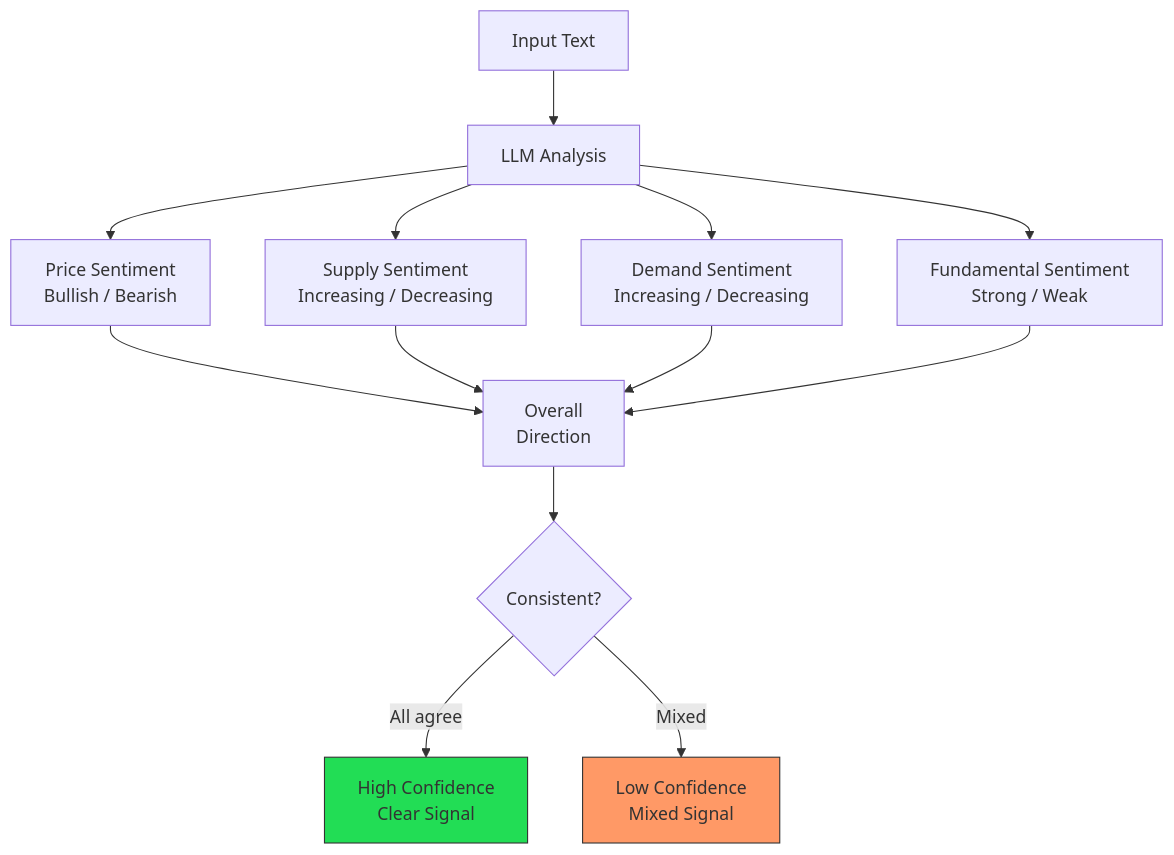
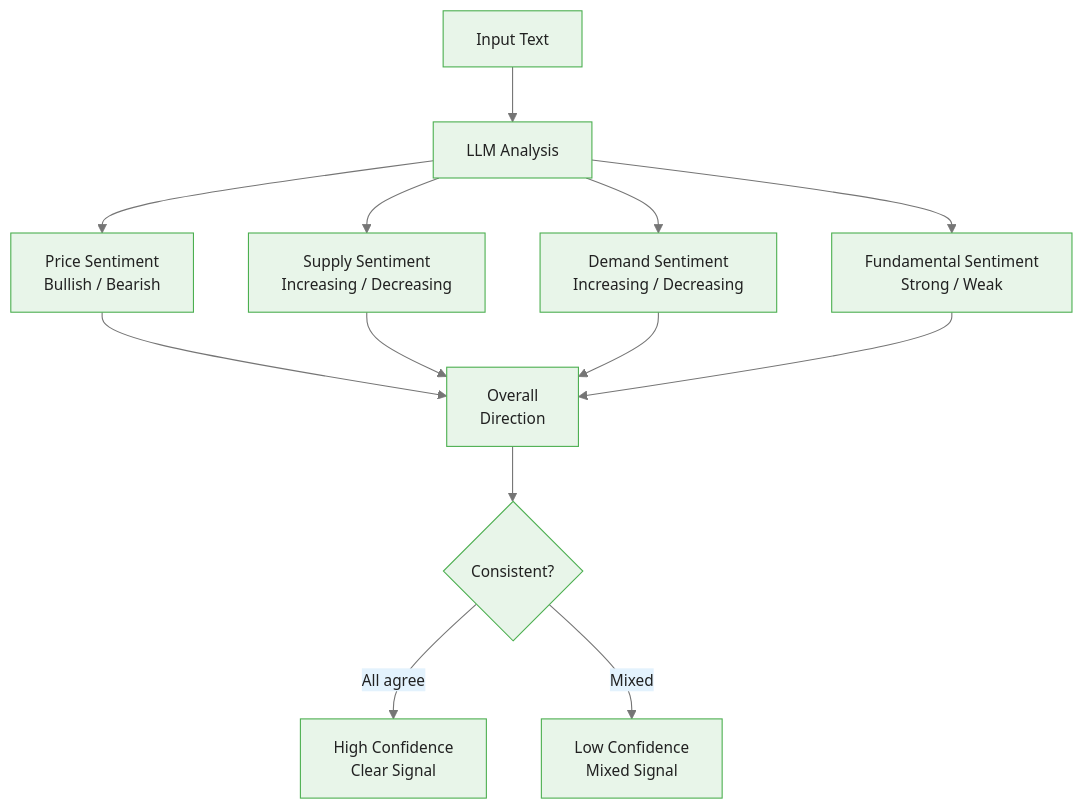
One commit to m-deane/course-creator changed the second of 6 diagrams in courses/genai-commodities/modules/module_03_sentiment/guides/02_sentiment_aggregation_slides.md. Above: the diagram before and after it, drawn with Mermaid. The commit also changed other lines of this file and 84 other files, not shown here.

````diff
--- a/courses/genai-commodities/modules/module_03_sentiment/guides/02_sentiment_aggregation_slides.md
+++ b/courses/genai-commodities/modules/module_03_sentiment/guides/02_sentiment_aggregation_slides.md
@@ -46,21 +51,19 @@
 ```mermaid
+%%{init: {"theme": "base", "themeVariables": {"primaryColor": "#e8f5e9", "primaryBorderColor": "#4caf50", "primaryTextColor": "#212121", "secondaryColor": "#e3f2fd", "tertiaryColor": "#fff8e1", "lineColor": "#757575", "fontFamily": "Inter, sans-serif", "fontSize": "14px"}}}%%
 flowchart TD
     A[Input Text] --> B[LLM Analysis]
 
     B --> C[Price Sentiment<br/>Bullish / Bearish]
     B --> D[Supply Sentiment<br/>Increasing / Decreasing]
     B --> E[Demand Sentiment<br/>Increasing / Decreasing]
     B --> F[Fundamental Sentiment<br/>Strong / Weak]
 
     C --> G[Overall<br/>Direction]
     D --> G
     E --> G
     F --> G
 
     G --> H{Consistent?}
     H -->|All agree| I[High Confidence<br/>Clear Signal]
     H -->|Mixed| J[Low Confidence<br/>Mixed Signal]
-
-    style I fill:#2d5,stroke:#333
-    style J fill:#f96,stroke:#333
 ```
````
